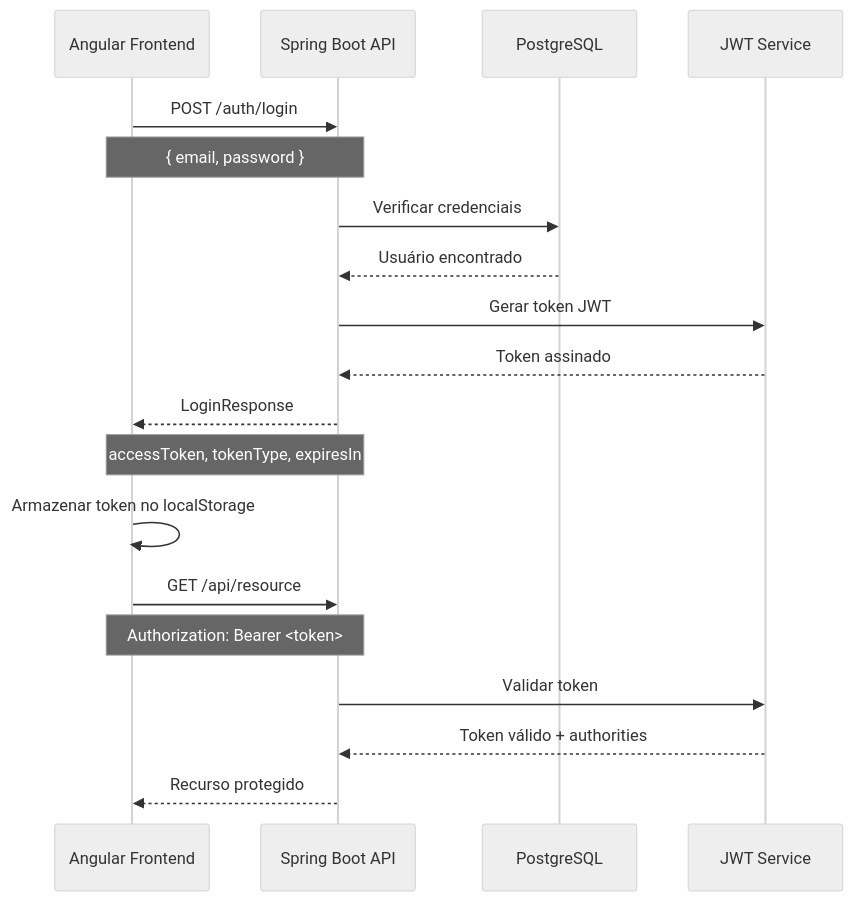
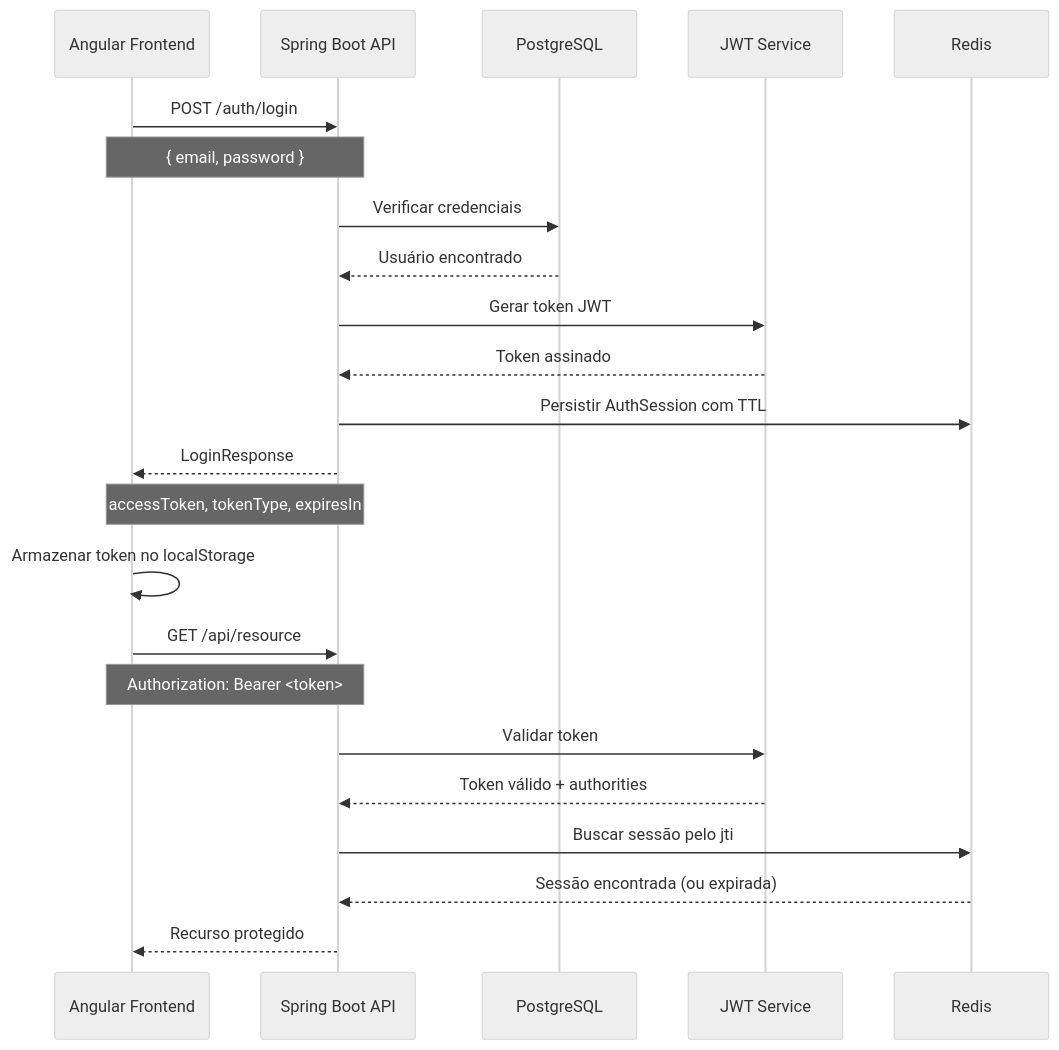
Before and after one commit to brunocesaromax/bc-finances: the diagram in docs/security/authentication.md, drawn with Mermaid (neutral theme). The commit also changed other lines of this file, not shown here.

````diff
--- a/docs/security/authentication.md
+++ b/docs/security/authentication.md
@@ -17,29 +17,32 @@
 ```mermaid
 sequenceDiagram
     participant Frontend as Angular Frontend
     participant Backend as Spring Boot API
     participant DB as PostgreSQL
     participant JWT as JWT Service
 
     Frontend->>Backend: POST /auth/login
     Note over Frontend,Backend: { email, password }
     
     Backend->>DB: Verificar credenciais
     DB-->>Backend: Usuário encontrado
     
     Backend->>JWT: Gerar token JWT
     JWT-->>Backend: Token assinado
+    Backend->>Redis: Persistir AuthSession com TTL
     
     Backend-->>Frontend: LoginResponse
     Note over Backend,Frontend: { accessToken, tokenType, expiresIn }
     
     Frontend->>Frontend: Armazenar token no localStorage
     
     Frontend->>Backend: GET /api/resource
     Note over Frontend,Backend: Authorization: Bearer <token>
     
     Backend->>JWT: Validar token
     JWT-->>Backend: Token válido + authorities
+    Backend->>Redis: Buscar sessão pelo jti
+    Redis-->>Backend: Sessão encontrada (ou expirada)
     
     Backend-->>Frontend: Recurso protegido
 ```
````
